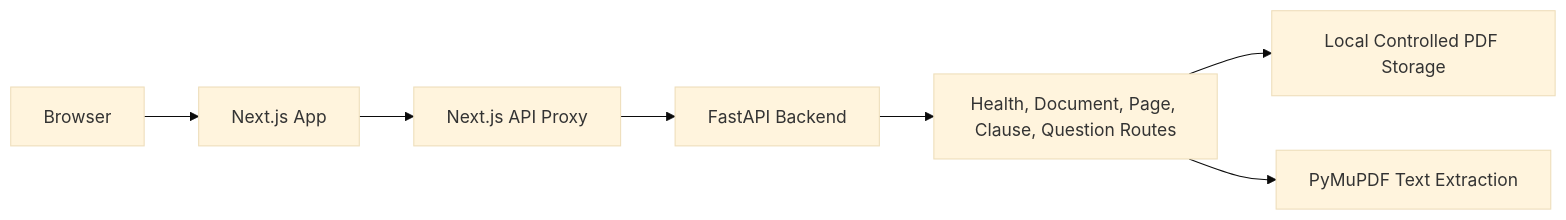
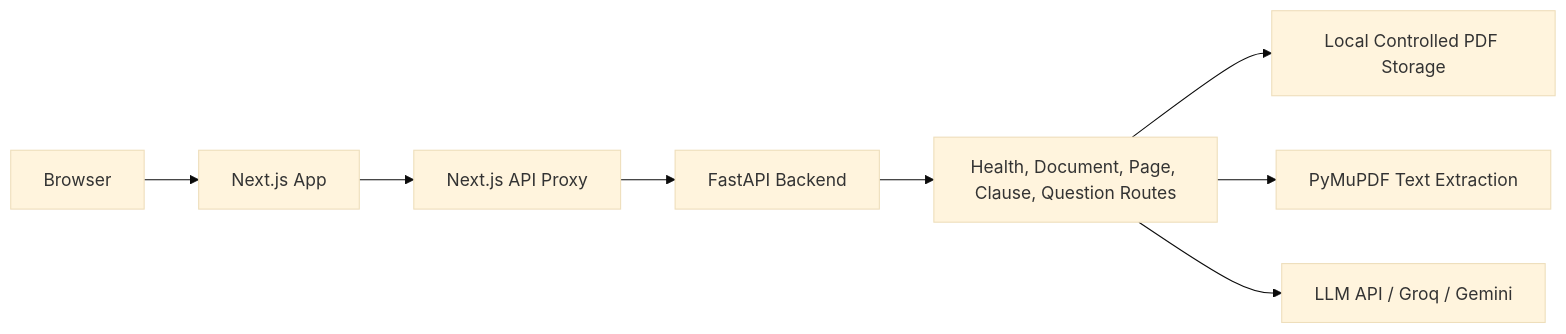
One commit to surya066-git/LegalLens changed the diagram in README.md. Above: the diagram before and after it, drawn with Mermaid (base theme). The commit also changed other lines of this file and 39 other files, not shown here.

````diff
--- a/README.md
+++ b/README.md
@@ -9,9 +9,10 @@
 ```mermaid
 flowchart LR
   Browser[Browser] --> Next[Next.js App]
   Next --> Proxy[Next.js API Proxy]
   Proxy --> FastAPI[FastAPI Backend]
   FastAPI --> Routes[Health, Document, Page, Clause, Question Routes]
   Routes --> Store[Local Controlled PDF Storage]
   Routes --> PDF[PyMuPDF Text Extraction]
+  Routes --> LLM[LLM API / Groq / Gemini]
 ```
````
